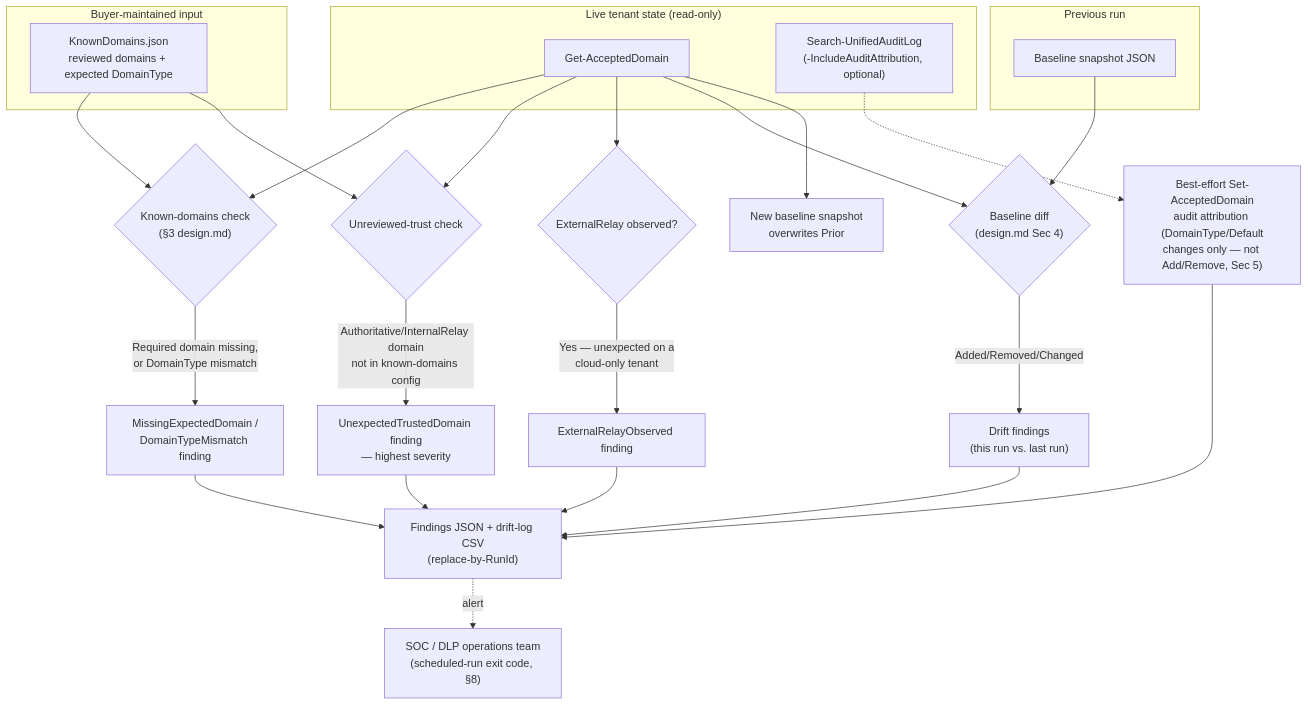
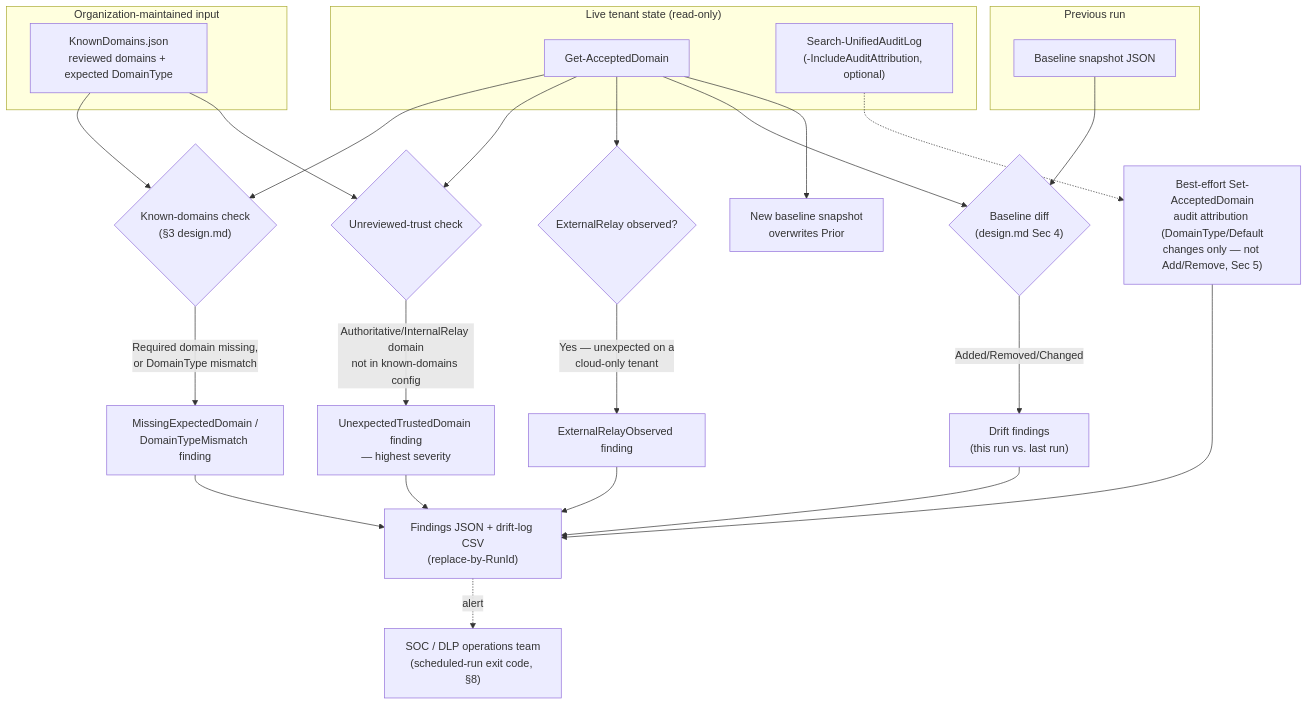
One commit to kpsec1/purview-scenario-library changed the diagram in scenarios/dlp/accepted-domains-hygiene-check/README.md. Above: the diagram before and after it, drawn with Mermaid. The commit also changed other lines of this file and 237 other files, not shown here.

````diff
--- a/scenarios/dlp/accepted-domains-hygiene-check/README.md
+++ b/scenarios/dlp/accepted-domains-hygiene-check/README.md
@@ -61,34 +61,34 @@
 ```mermaid
 flowchart TD
     subgraph Live["Live tenant state (read-only)"]
         AD[Get-AcceptedDomain]
         UAL["Search-UnifiedAuditLog<br/>(-IncludeAuditAttribution, optional)"]
     end
-    subgraph Config["Buyer-maintained input"]
+    subgraph Config["Organization-maintained input"]
         KD[KnownDomains.json<br/>reviewed domains + expected DomainType]
     end
     subgraph Prior["Previous run"]
         BL[Baseline snapshot JSON]
     end
 
     AD --> C1{"Known-domains check<br/>(§3 design.md)"}
     KD --> C1
     C1 -- "Required domain missing,<br/>or DomainType mismatch" --> F1["MissingExpectedDomain /<br/>DomainTypeMismatch finding"]
 
     AD --> C2{"Unreviewed-trust check"}
     KD --> C2
     C2 -- "Authoritative/InternalRelay domain<br/>not in known-domains config" --> F2[UnexpectedTrustedDomain finding<br/>— highest severity]
 
     AD --> C3{ExternalRelay observed?}
     C3 -- "Yes — unexpected on a<br/>cloud-only tenant" --> F3[ExternalRelayObserved finding]
 
     AD --> C4{"Baseline diff<br/>(design.md Sec 4)"}
     BL --> C4
     C4 -- Added/Removed/Changed --> F4["Drift findings<br/>(this run vs. last run)"]
 
     UAL -.-> F5["Best-effort Set-AcceptedDomain<br/>audit attribution (DomainType/Default<br/>changes only — not Add/Remove, Sec 5)"]
 
     F1 & F2 & F3 & F4 & F5 --> R["Findings JSON + drift-log CSV<br/>(replace-by-RunId)"]
     AD --> BLNEW[New baseline snapshot<br/>overwrites Prior]
     R -.alert.-> SOC["SOC / DLP operations team<br/>(scheduled-run exit code, §8)"]
 ```
````
